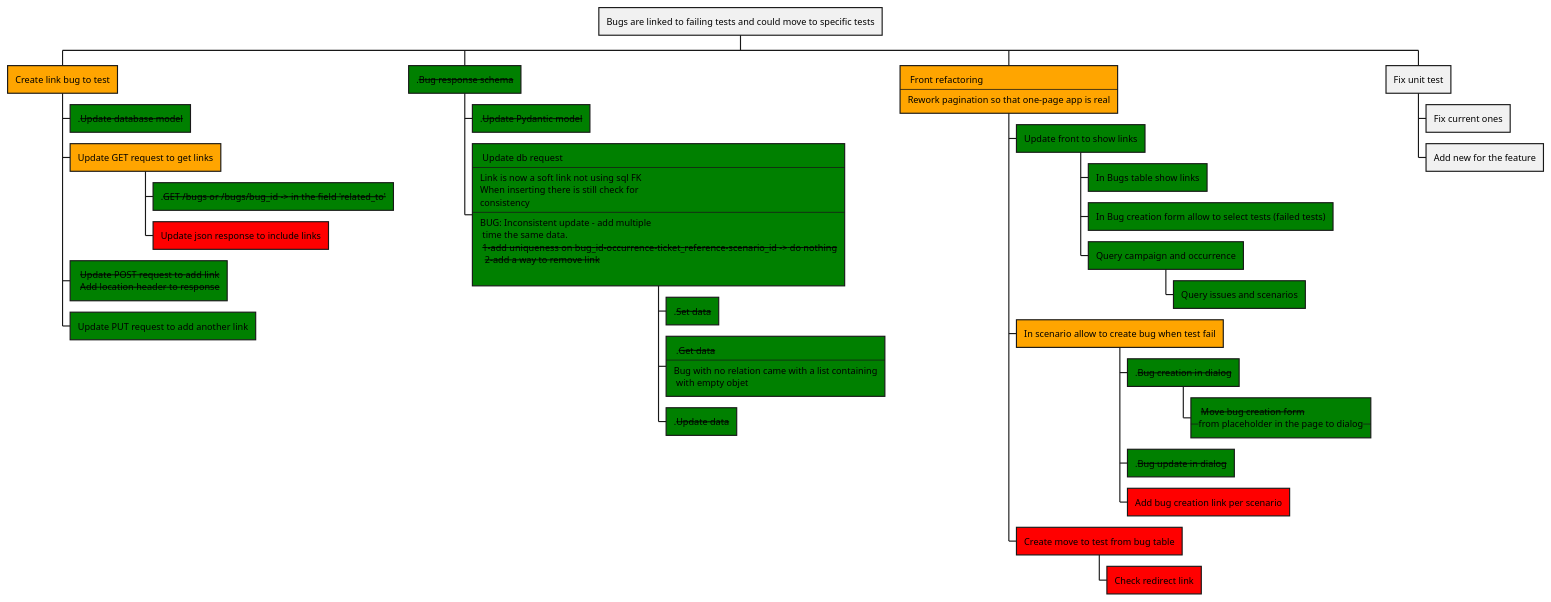
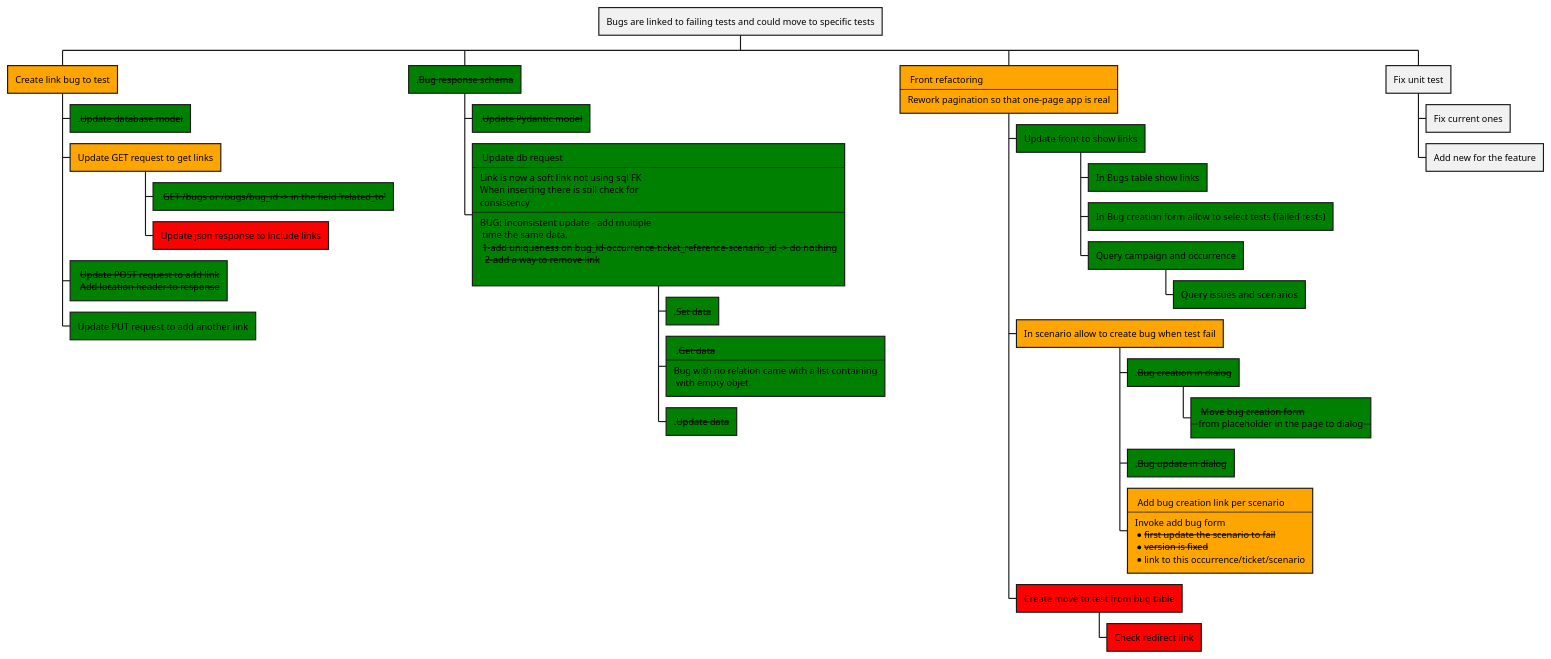
One commit to Hidden-goblin/eaidashboard changed the diagram in documentation/worklog/bug_issue_link.puml. Above: the diagram before and after it, drawn with PlantUML. The commit also changed 5 other files, not shown here.

```diff
--- a/documentation/worklog/bug_issue_link.puml
+++ b/documentation/worklog/bug_issue_link.puml
@@ -1,54 +1,59 @@
 @startwbs
 'https://plantuml.com/wbs-diagram
 
 'https://github.com/Hidden-goblin/eaidashboard/issues/67
 
 * Bugs are linked to failing tests and could move to specific tests
 **[#orange] Create link bug to test
 ***[#green] .--Update database model--
 ***[#orange] Update GET request to get links
 ****[#green] .--GET /bugs or /bugs/bug_id -> in the field 'related_to'--
 ****[#red] Update json response to include links
 ***[#green]: --Update POST request to add link--
  --Add location header to response--;
 ***[#green] Update PUT request to add another link
 **[#green] .--Bug response schema--
 ***[#green] .--Update Pydantic model--
 ***[#green]: Update db request
 ----
 Link is now a soft link not using sql FK
 When inserting there is still check for
 consistency
 ----
 BUG: Inconsistent update - add multiple
  time the same data.
  --1-add uniqueness on bug_id-occurrence-ticket_reference-scenario_id -> do nothing--
   --2-add a way to remove link--
 ;
 
 ****[#green] .--Set data--
 ****[#green]: .--Get data--
 ----
 Bug with no relation came with a list containing
  with empty objet;
 ****[#green] .--Update data--
 **[#orange]: Front refactoring
 ----
 Rework pagination so that one-page app is real;
 ***[#green] Update front to show links
 ****[#green] In Bugs table show links
 ****[#green] In Bug creation form allow to select tests (failed tests)
 ****[#green] Query campaign and occurrence
 *****[#green] Query issues and scenarios
 ***[#orange] In scenario allow to create bug when test fail
 ****[#green] .--Bug creation in dialog--
 *****[#green]: --Move bug creation form--
 --from placeholder in the page to dialog--;
 ****[#green] .--Bug update in dialog--
-****[#red] Add bug creation link per scenario
+****[#orange]: Add bug creation link per scenario
+----
+Invoke add bug form
+* --first update the scenario to fail--
+* --version is fixed--
+* link to this occurrence/ticket/scenario;
 ***[#red] Create move to test from bug table
 ****[#red] Check redirect link
 ** Fix unit test
 *** Fix current ones
 *** Add new for the feature
 @endwbs
```
